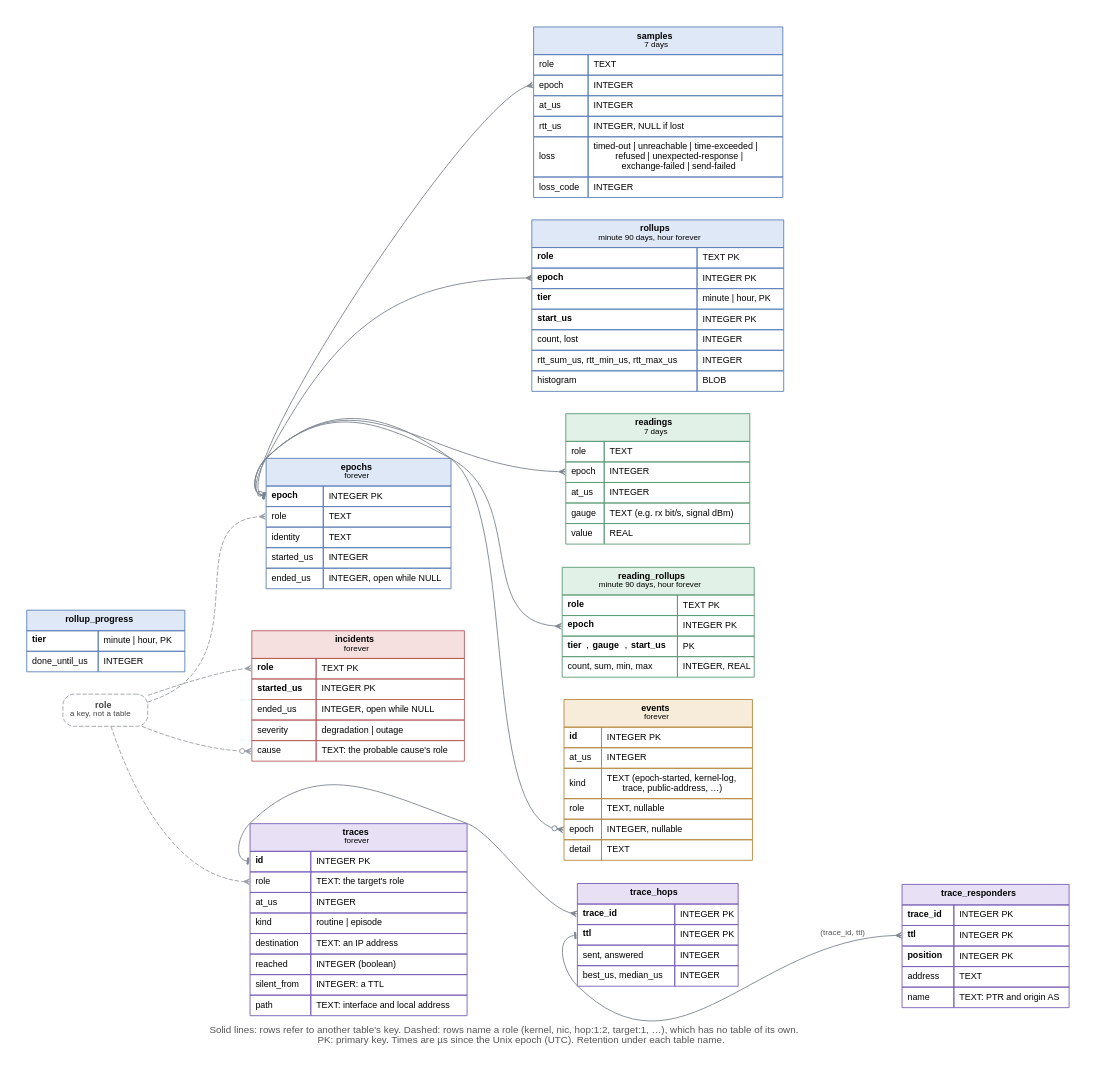
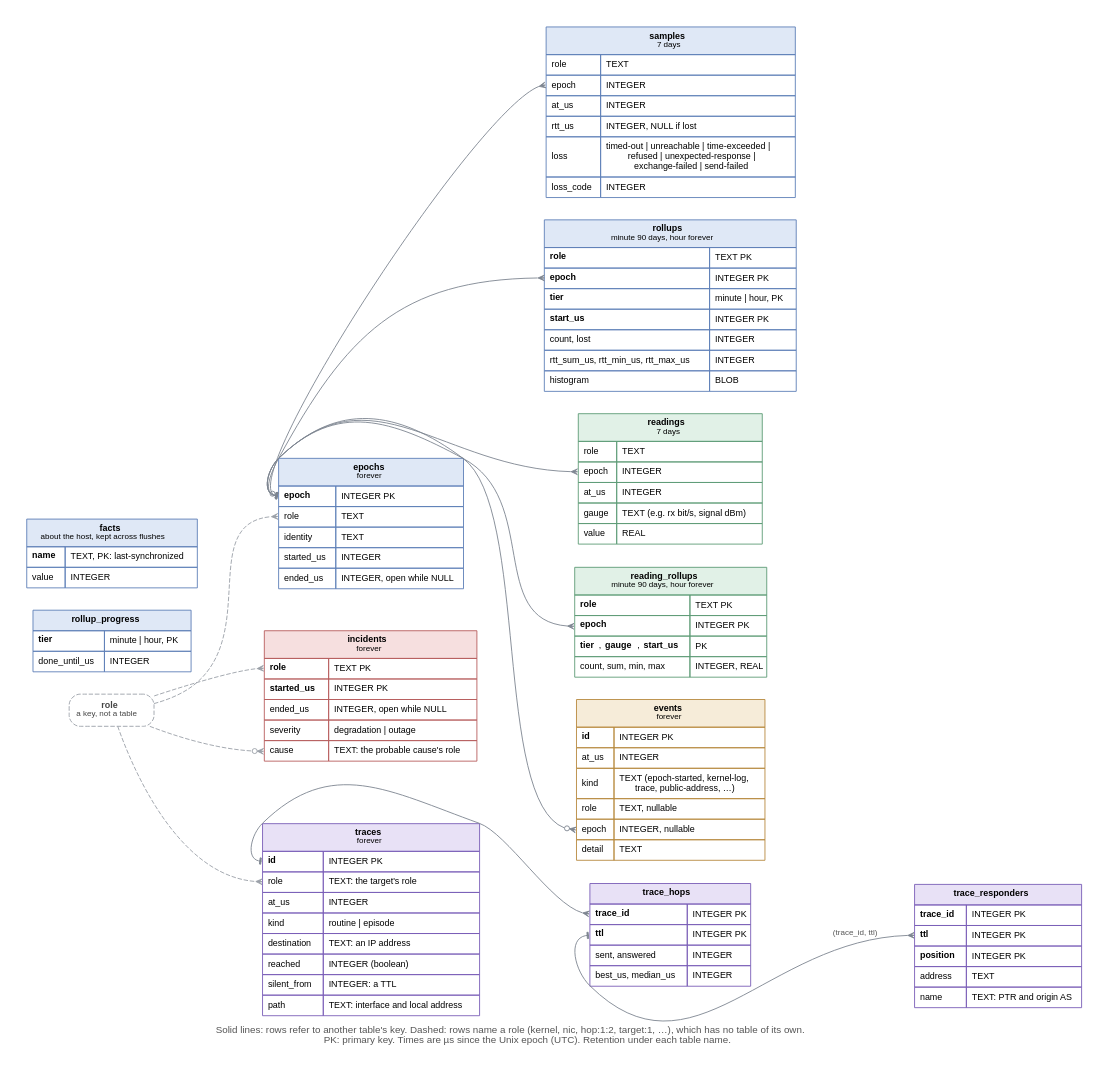
One commit to patricktsandin/netwatch changed the diagram in docs/diagrams/erd.dot. Above: the diagram before and after it, drawn with Graphviz. The commit also changed 10 other files, not shown here.

```diff
--- a/docs/diagrams/erd.dot
+++ b/docs/diagrams/erd.dot
@@ -1,116 +1,121 @@
 // The SQLite schema (crates/netwatch-adapter-sqlite/migrations), as of migration
-// 0014. The database declares no foreign keys: the single writer (ADR-0006) keeps
+// 0015. The database declares no foreign keys: the single writer (ADR-0006) keeps
 // these relationships, and history is keyed by role and identity epoch (ADR-0003).
 // Render with `npm run diagrams` in web/.
 digraph erd {
   graph [rankdir=LR, bgcolor="white", fontname="Helvetica", pad=0.3, nodesep=0.35, ranksep=1.0,
          label=<Solid lines: rows refer to another table's key. Dashed: rows name a role (kernel, nic, hop:1:2, target:1, …), which has no table of its own.<br/>PK: primary key. Times are µs since the Unix epoch (UTC). Retention under each table name.>, labelloc=b, fontsize=11, fontcolor="#555555"];
   node  [shape=plain, fontname="Helvetica", fontsize=10];
   edge  [color="#7d8590", arrowsize=0.7, arrowhead=crow, arrowtail=tee, dir=both, fontname="Helvetica", fontsize=9, fontcolor="#555555"];
 
   role [shape=box, style="rounded,dashed", color="#9aa0a8", fontcolor="#444444", label=<<b>role</b><br/><font point-size="9">a key, not a table</font>>];
 
   epochs [label=<<table border="0" cellborder="1" cellspacing="0" cellpadding="5" color="#5e7fb8">
     <tr><td bgcolor="#dfe8f6" colspan="2"><b>epochs</b><br/><font point-size="9">forever</font></td></tr>
     <tr><td align="left" port="epoch"><b>epoch</b></td><td align="left">INTEGER PK</td></tr>
     <tr><td align="left" port="role">role</td><td align="left">TEXT</td></tr>
     <tr><td align="left">identity</td><td align="left">TEXT</td></tr>
     <tr><td align="left">started_us</td><td align="left">INTEGER</td></tr>
     <tr><td align="left">ended_us</td><td align="left">INTEGER, open while NULL</td></tr></table>>];
 
   samples [label=<<table border="0" cellborder="1" cellspacing="0" cellpadding="5" color="#5e7fb8">
     <tr><td bgcolor="#dfe8f6" colspan="2"><b>samples</b><br/><font point-size="9">7 days</font></td></tr>
     <tr><td align="left" port="role">role</td><td align="left">TEXT</td></tr>
     <tr><td align="left" port="epoch">epoch</td><td align="left">INTEGER</td></tr>
     <tr><td align="left">at_us</td><td align="left">INTEGER</td></tr>
     <tr><td align="left">rtt_us</td><td align="left">INTEGER, NULL if lost</td></tr>
     <tr><td align="left">loss</td><td align="left">timed-out | unreachable | time-exceeded |<br/>refused | unexpected-response |<br/>exchange-failed | send-failed</td></tr>
     <tr><td align="left">loss_code</td><td align="left">INTEGER</td></tr></table>>];
 
   rollups [label=<<table border="0" cellborder="1" cellspacing="0" cellpadding="5" color="#5e7fb8">
     <tr><td bgcolor="#dfe8f6" colspan="2"><b>rollups</b><br/><font point-size="9">minute 90 days, hour forever</font></td></tr>
     <tr><td align="left" port="role"><b>role</b></td><td align="left">TEXT PK</td></tr>
     <tr><td align="left" port="epoch"><b>epoch</b></td><td align="left">INTEGER PK</td></tr>
     <tr><td align="left"><b>tier</b></td><td align="left">minute | hour, PK</td></tr>
     <tr><td align="left"><b>start_us</b></td><td align="left">INTEGER PK</td></tr>
     <tr><td align="left">count, lost</td><td align="left">INTEGER</td></tr>
     <tr><td align="left">rtt_sum_us, rtt_min_us, rtt_max_us</td><td align="left">INTEGER</td></tr>
     <tr><td align="left">histogram</td><td align="left">BLOB</td></tr></table>>];
 
   rollup_progress [label=<<table border="0" cellborder="1" cellspacing="0" cellpadding="5" color="#5e7fb8">
     <tr><td bgcolor="#dfe8f6" colspan="2"><b>rollup_progress</b></td></tr>
     <tr><td align="left"><b>tier</b></td><td align="left">minute | hour, PK</td></tr>
     <tr><td align="left">done_until_us</td><td align="left">INTEGER</td></tr></table>>];
+
+  facts [label=<<table border="0" cellborder="1" cellspacing="0" cellpadding="5" color="#5e7fb8">
+    <tr><td bgcolor="#dfe8f6" colspan="2"><b>facts</b><br/><font point-size="9">about the host, kept across flushes</font></td></tr>
+    <tr><td align="left"><b>name</b></td><td align="left">TEXT, PK: last-synchronized</td></tr>
+    <tr><td align="left">value</td><td align="left">INTEGER</td></tr></table>>];
 
   readings [label=<<table border="0" cellborder="1" cellspacing="0" cellpadding="5" color="#5e9c76">
     <tr><td bgcolor="#e1f1e7" colspan="2"><b>readings</b><br/><font point-size="9">7 days</font></td></tr>
     <tr><td align="left" port="role">role</td><td align="left">TEXT</td></tr>
     <tr><td align="left" port="epoch">epoch</td><td align="left">INTEGER</td></tr>
     <tr><td align="left">at_us</td><td align="left">INTEGER</td></tr>
     <tr><td align="left">gauge</td><td align="left">TEXT (e.g. rx bit/s, signal dBm)</td></tr>
     <tr><td align="left">value</td><td align="left">REAL</td></tr></table>>];
 
   reading_rollups [label=<<table border="0" cellborder="1" cellspacing="0" cellpadding="5" color="#5e9c76">
     <tr><td bgcolor="#e1f1e7" colspan="2"><b>reading_rollups</b><br/><font point-size="9">minute 90 days, hour forever</font></td></tr>
     <tr><td align="left" port="role"><b>role</b></td><td align="left">TEXT PK</td></tr>
     <tr><td align="left" port="epoch"><b>epoch</b></td><td align="left">INTEGER PK</td></tr>
     <tr><td align="left"><b>tier</b>, <b>gauge</b>, <b>start_us</b></td><td align="left">PK</td></tr>
     <tr><td align="left">count, sum, min, max</td><td align="left">INTEGER, REAL</td></tr></table>>];
 
   events [label=<<table border="0" cellborder="1" cellspacing="0" cellpadding="5" color="#b88a3e">
     <tr><td bgcolor="#f6ecd9" colspan="2"><b>events</b><br/><font point-size="9">forever</font></td></tr>
     <tr><td align="left"><b>id</b></td><td align="left">INTEGER PK</td></tr>
     <tr><td align="left">at_us</td><td align="left">INTEGER</td></tr>
     <tr><td align="left">kind</td><td align="left">TEXT (epoch-started, kernel-log,<br/>trace, public-address, …)</td></tr>
     <tr><td align="left" port="role">role</td><td align="left">TEXT, nullable</td></tr>
     <tr><td align="left" port="epoch">epoch</td><td align="left">INTEGER, nullable</td></tr>
     <tr><td align="left">detail</td><td align="left">TEXT</td></tr></table>>];
 
   incidents [label=<<table border="0" cellborder="1" cellspacing="0" cellpadding="5" color="#b85e5e">
     <tr><td bgcolor="#f6dfdf" colspan="2"><b>incidents</b><br/><font point-size="9">forever</font></td></tr>
     <tr><td align="left" port="role"><b>role</b></td><td align="left">TEXT PK</td></tr>
     <tr><td align="left"><b>started_us</b></td><td align="left">INTEGER PK</td></tr>
     <tr><td align="left">ended_us</td><td align="left">INTEGER, open while NULL</td></tr>
     <tr><td align="left">severity</td><td align="left">degradation | outage</td></tr>
     <tr><td align="left" port="cause">cause</td><td align="left">TEXT: the probable cause's role</td></tr></table>>];
 
   traces [label=<<table border="0" cellborder="1" cellspacing="0" cellpadding="5" color="#7a5eb8">
     <tr><td bgcolor="#e8e1f6" colspan="2"><b>traces</b><br/><font point-size="9">forever</font></td></tr>
     <tr><td align="left" port="id"><b>id</b></td><td align="left">INTEGER PK</td></tr>
     <tr><td align="left" port="role">role</td><td align="left">TEXT: the target's role</td></tr>
     <tr><td align="left">at_us</td><td align="left">INTEGER</td></tr>
     <tr><td align="left">kind</td><td align="left">routine | episode</td></tr>
     <tr><td align="left">destination</td><td align="left">TEXT: an IP address</td></tr>
     <tr><td align="left">reached</td><td align="left">INTEGER (boolean)</td></tr>
     <tr><td align="left">silent_from</td><td align="left">INTEGER: a TTL</td></tr>
     <tr><td align="left">path</td><td align="left">TEXT: interface and local address</td></tr></table>>];
 
   trace_hops [label=<<table border="0" cellborder="1" cellspacing="0" cellpadding="5" color="#7a5eb8">
     <tr><td bgcolor="#e8e1f6" colspan="2"><b>trace_hops</b></td></tr>
     <tr><td align="left" port="trace_id"><b>trace_id</b></td><td align="left">INTEGER PK</td></tr>
     <tr><td align="left" port="ttl"><b>ttl</b></td><td align="left">INTEGER PK</td></tr>
     <tr><td align="left">sent, answered</td><td align="left">INTEGER</td></tr>
     <tr><td align="left">best_us, median_us</td><td align="left">INTEGER</td></tr></table>>];
 
   trace_responders [label=<<table border="0" cellborder="1" cellspacing="0" cellpadding="5" color="#7a5eb8">
     <tr><td bgcolor="#e8e1f6" colspan="2"><b>trace_responders</b></td></tr>
     <tr><td align="left" port="trace_id"><b>trace_id</b></td><td align="left">INTEGER PK</td></tr>
     <tr><td align="left" port="ttl"><b>ttl</b></td><td align="left">INTEGER PK</td></tr>
     <tr><td align="left"><b>position</b></td><td align="left">INTEGER PK</td></tr>
     <tr><td align="left">address</td><td align="left">TEXT</td></tr>
     <tr><td align="left">name</td><td align="left">TEXT: PTR and origin AS</td></tr></table>>];
 
   epochs:epoch -> samples:epoch;
   epochs:epoch -> rollups:epoch;
   epochs:epoch -> readings:epoch;
   epochs:epoch -> reading_rollups:epoch;
   epochs:epoch -> events:epoch [arrowtail=teeodot, arrowhead=crowodot];
   traces:id -> trace_hops:trace_id;
   trace_hops:ttl -> trace_responders:ttl [label="(trace_id, ttl)"];
 
   edge [style=dashed, color="#9aa0a8", arrowtail=none, arrowhead=crow];
   role -> epochs:role;
   role -> incidents:role;
   role -> incidents:cause [arrowhead=crowodot];
   role -> traces:role;
 }
```
